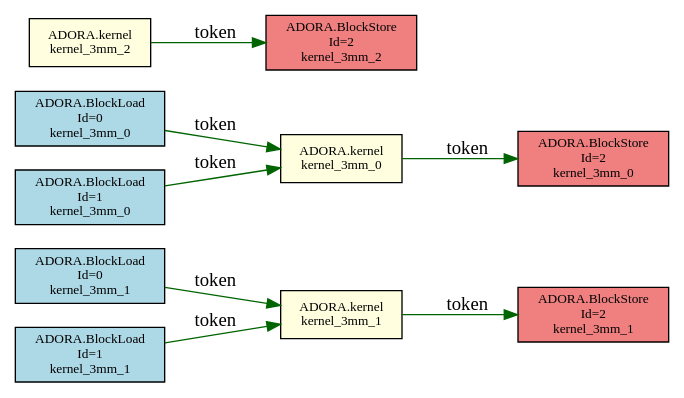
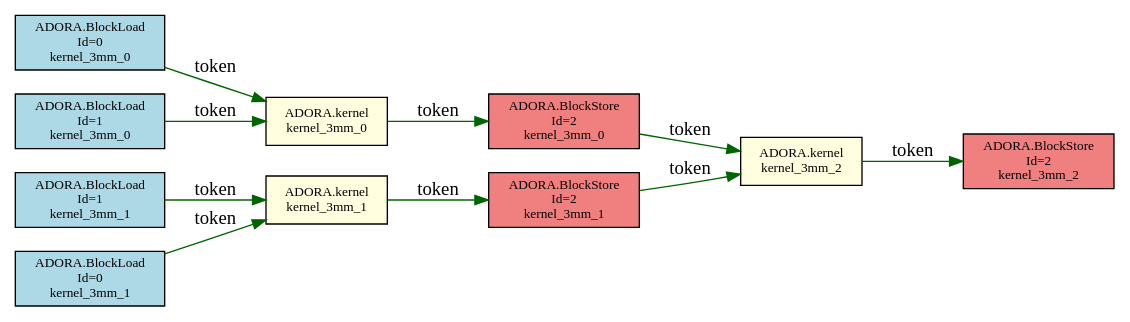
One commit to FDU-ME-ARC/adora-compiler changed the diagram in experiment/taskschedule/03_3mm/tokens.dot. Above: the diagram before and after it, drawn with Graphviz. The commit also changed 67 other files, not shown here.

```diff
--- a/experiment/taskschedule/03_3mm/tokens.dot
+++ b/experiment/taskschedule/03_3mm/tokens.dot
@@ -1,21 +1,23 @@
 digraph token_graph {
   rankdir=LR;
   node [shape=box, fontsize=10];
-  "0x563cc0755ef0" [label="ADORA.BlockLoad\nId=0\nkernel_3mm_1", style=filled, fillcolor=lightblue];
-  "0x563cc078a140" [label="ADORA.BlockLoad\nId=1\nkernel_3mm_1", style=filled, fillcolor=lightblue];
-  "0x563cc0783970" [label="ADORA.BlockStore\nId=2\nkernel_3mm_0", style=filled, fillcolor=lightcoral];
-  "0x563cc0787f30" [label="ADORA.kernel\nkernel_3mm_2", style=filled, fillcolor=lightyellow];
-  "0x563cc07899e0" [label="ADORA.kernel\nkernel_3mm_0", style=filled, fillcolor=lightyellow];
-  "0x563cc0787e90" [label="ADORA.BlockLoad\nId=0\nkernel_3mm_0", style=filled, fillcolor=lightblue];
-  "0x563cc0789920" [label="ADORA.BlockLoad\nId=1\nkernel_3mm_0", style=filled, fillcolor=lightblue];
-  "0x563cc078a380" [label="ADORA.BlockStore\nId=2\nkernel_3mm_2", style=filled, fillcolor=lightcoral];
-  "0x563cc078a200" [label="ADORA.kernel\nkernel_3mm_1", style=filled, fillcolor=lightyellow];
-  "0x563cc078a2b0" [label="ADORA.BlockStore\nId=2\nkernel_3mm_1", style=filled, fillcolor=lightcoral];
-  "0x563cc0787e90" -> "0x563cc07899e0" [label="token", color=darkgreen];
-  "0x563cc0789920" -> "0x563cc07899e0" [label="token", color=darkgreen];
-  "0x563cc07899e0" -> "0x563cc0783970" [label="token", color=darkgreen];
-  "0x563cc0755ef0" -> "0x563cc078a200" [label="token", color=darkgreen];
-  "0x563cc078a140" -> "0x563cc078a200" [label="token", color=darkgreen];
-  "0x563cc078a200" -> "0x563cc078a2b0" [label="token", color=darkgreen];
-  "0x563cc0787f30" -> "0x563cc078a380" [label="token", color=darkgreen];
+  "0x5642fc396720" [label="ADORA.BlockLoad\nId=0\nkernel_3mm_0", style=filled, fillcolor=lightblue];
+  "0x5642fc384320" [label="ADORA.BlockStore\nId=2\nkernel_3mm_0", style=filled, fillcolor=lightcoral];
+  "0x5642fc382070" [label="ADORA.BlockLoad\nId=0\nkernel_3mm_1", style=filled, fillcolor=lightblue];
+  "0x5642fc3981f0" [label="ADORA.BlockLoad\nId=1\nkernel_3mm_0", style=filled, fillcolor=lightblue];
+  "0x5642fc398600" [label="ADORA.BlockLoad\nId=1\nkernel_3mm_1", style=filled, fillcolor=lightblue];
+  "0x5642fc3982b0" [label="ADORA.kernel\nkernel_3mm_0", style=filled, fillcolor=lightyellow];
+  "0x5642fc3986c0" [label="ADORA.kernel\nkernel_3mm_1", style=filled, fillcolor=lightyellow];
+  "0x5642fc391e00" [label="ADORA.BlockStore\nId=2\nkernel_3mm_2", style=filled, fillcolor=lightcoral];
+  "0x5642fc35c120" [label="ADORA.BlockStore\nId=2\nkernel_3mm_1", style=filled, fillcolor=lightcoral];
+  "0x5642fc398780" [label="ADORA.kernel\nkernel_3mm_2", style=filled, fillcolor=lightyellow];
+  "0x5642fc396720" -> "0x5642fc3982b0" [label="token", color=darkgreen];
+  "0x5642fc3981f0" -> "0x5642fc3982b0" [label="token", color=darkgreen];
+  "0x5642fc3982b0" -> "0x5642fc384320" [label="token", color=darkgreen];
+  "0x5642fc384320" -> "0x5642fc398780" [label="token", color=darkgreen];
+  "0x5642fc382070" -> "0x5642fc3986c0" [label="token", color=darkgreen];
+  "0x5642fc398600" -> "0x5642fc3986c0" [label="token", color=darkgreen];
+  "0x5642fc3986c0" -> "0x5642fc35c120" [label="token", color=darkgreen];
+  "0x5642fc35c120" -> "0x5642fc398780" [label="token", color=darkgreen];
+  "0x5642fc398780" -> "0x5642fc391e00" [label="token", color=darkgreen];
 }
```
